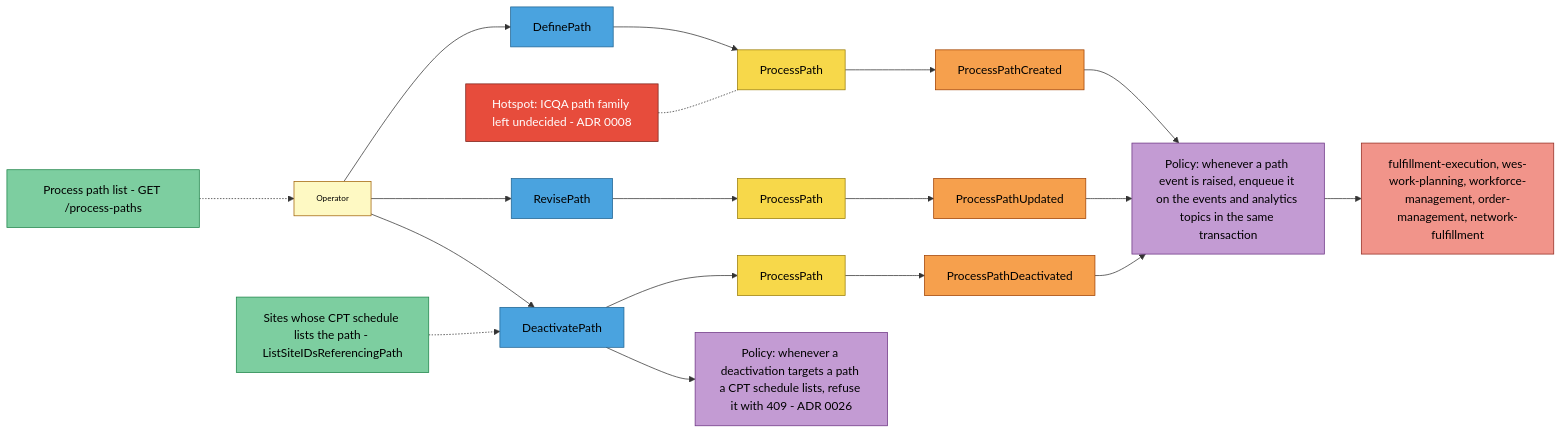
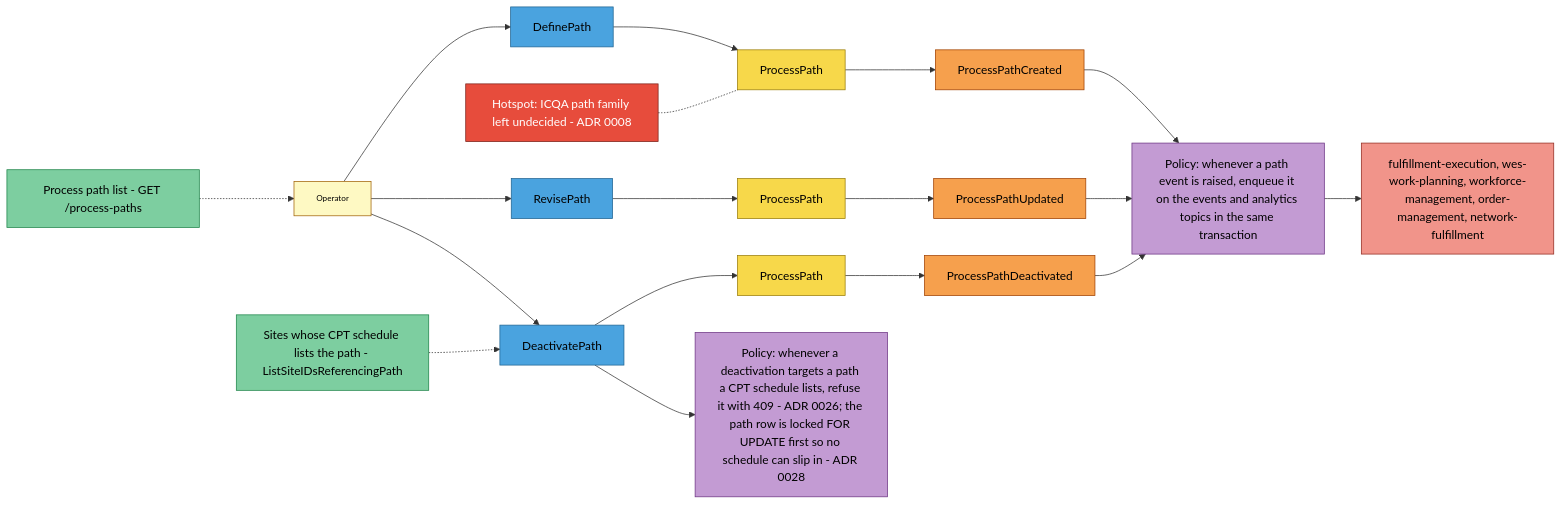
Before and after one commit to IQVO/warehouse-docs: the second of 4 diagrams in docs/contexts/process-path-management/eventstorming.md, drawn with Mermaid. The commit also changed other lines of this file and 318 other files, not shown here.

````diff
--- a/docs/contexts/process-path-management/eventstorming.md
+++ b/docs/contexts/process-path-management/eventstorming.md
@@ -56,37 +56,37 @@
 ```mermaid
 flowchart LR
     OP["Operator"]:::actor
     RM0["Process path list - GET /process-paths"]:::readmodel
     C1["DefinePath"]:::command
     A1["ProcessPath"]:::aggregate
     E1["ProcessPathCreated"]:::event
     C2["RevisePath"]:::command
     A2["ProcessPath"]:::aggregate
     E2["ProcessPathUpdated"]:::event
     C3["DeactivatePath"]:::command
     A3["ProcessPath"]:::aggregate
     E3["ProcessPathDeactivated"]:::event
     P1["Policy: whenever a path event is raised, enqueue it on the events and analytics topics in the same transaction"]:::policy
     X1["fulfillment-execution, wes-work-planning, workforce-management, order-management, network-fulfillment"]:::external
     RM1["Sites whose CPT schedule lists the path - ListSiteIDsReferencingPath"]:::readmodel
-    P2["Policy: whenever a deactivation targets a path a CPT schedule lists, refuse it with 409 - ADR 0026"]:::policy
+    P2["Policy: whenever a deactivation targets a path a CPT schedule lists, refuse it with 409 - ADR 0026; the path row is locked FOR UPDATE first so no schedule can slip in - ADR 0028"]:::policy
     H2["Hotspot: ICQA path family left undecided - ADR 0008"]:::hotspot
 
     RM0 -.-> OP
     OP --> C1 --> A1 --> E1 --> P1
     OP --> C2 --> A2 --> E2 --> P1
     OP --> C3 --> A3 --> E3 --> P1
     RM1 -.-> C3
     C3 --> P2
     P1 --> X1
     H2 -.- A1
 
     classDef actor fill:#fef9c3,stroke:#a16207,color:#000,font-size:11px
     classDef command fill:#4aa3df,stroke:#1f6391,color:#000
     classDef aggregate fill:#f7d84a,stroke:#9a7d0a,color:#000
     classDef event fill:#f6a04d,stroke:#a04000,color:#000
     classDef policy fill:#c39bd3,stroke:#6c3483,color:#000
     classDef readmodel fill:#7dcea0,stroke:#1e8449,color:#000
     classDef external fill:#f1948a,stroke:#922b21,color:#000
     classDef hotspot fill:#e74c3c,stroke:#7b241c,color:#fff
 ```
````
